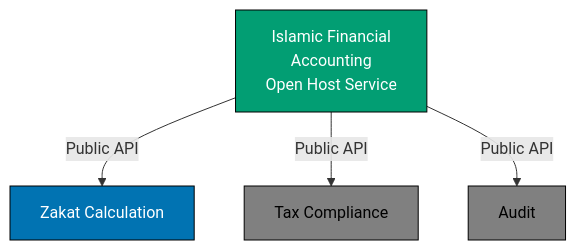
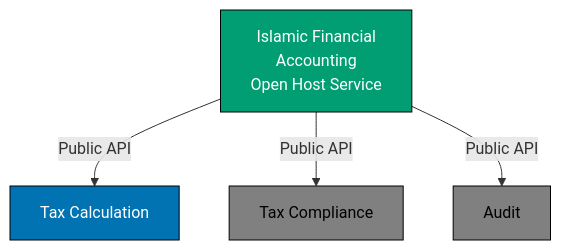
The eighth of 16 diagrams in docs/explanation/software/architecture/domain-driven-design-ddd/ex-so-ar-dodrdedd__04-context-mapping.md (wahidyankf/open-sharia-enterprise), drawn with Mermaid before and after one commit. The commit also changed other lines of this file and 94 other files, not shown here.

````diff
--- a/docs/explanation/software/architecture/domain-driven-design-ddd/ex-so-ar-dodrdedd__04-context-mapping.md
+++ b/docs/explanation/software/architecture/domain-driven-design-ddd/ex-so-ar-dodrdedd__04-context-mapping.md
@@ -506,16 +501,16 @@
 ```mermaid
 graph TD
     IFA[Islamic Financial<br/>Accounting<br/>Open Host Service]
-    ZC[Zakat Calculation]
+    ZC[Tax Calculation]
     TC[Tax Compliance]
     AU[Audit]
 
     IFA -->|"Public API"| ZC
     IFA -->|"Public API"| TC
     IFA -->|"Public API"| AU
 
     style IFA fill:#029E73,stroke:#000,color:#FFFFFF
     style ZC fill:#0173B2,stroke:#000,color:#FFFFFF
     style TC fill:#808080,stroke:#000,color:#000000
     style AU fill:#808080,stroke:#000,color:#000000
 ```
````
